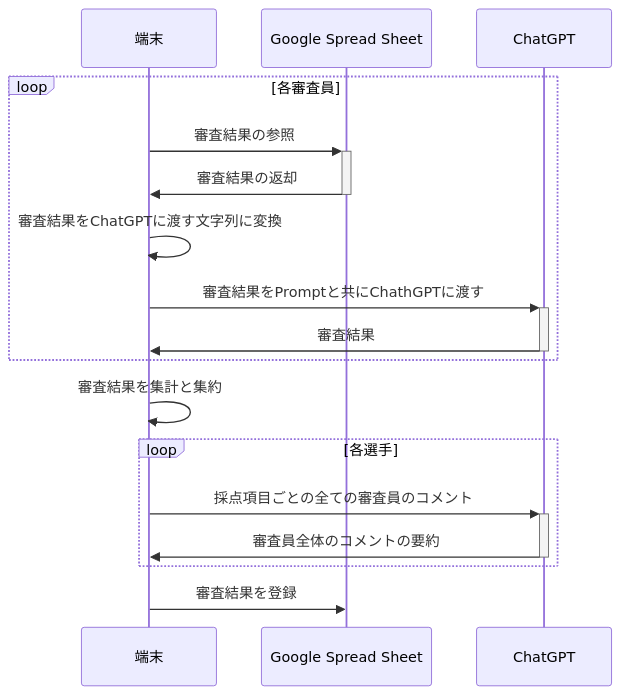
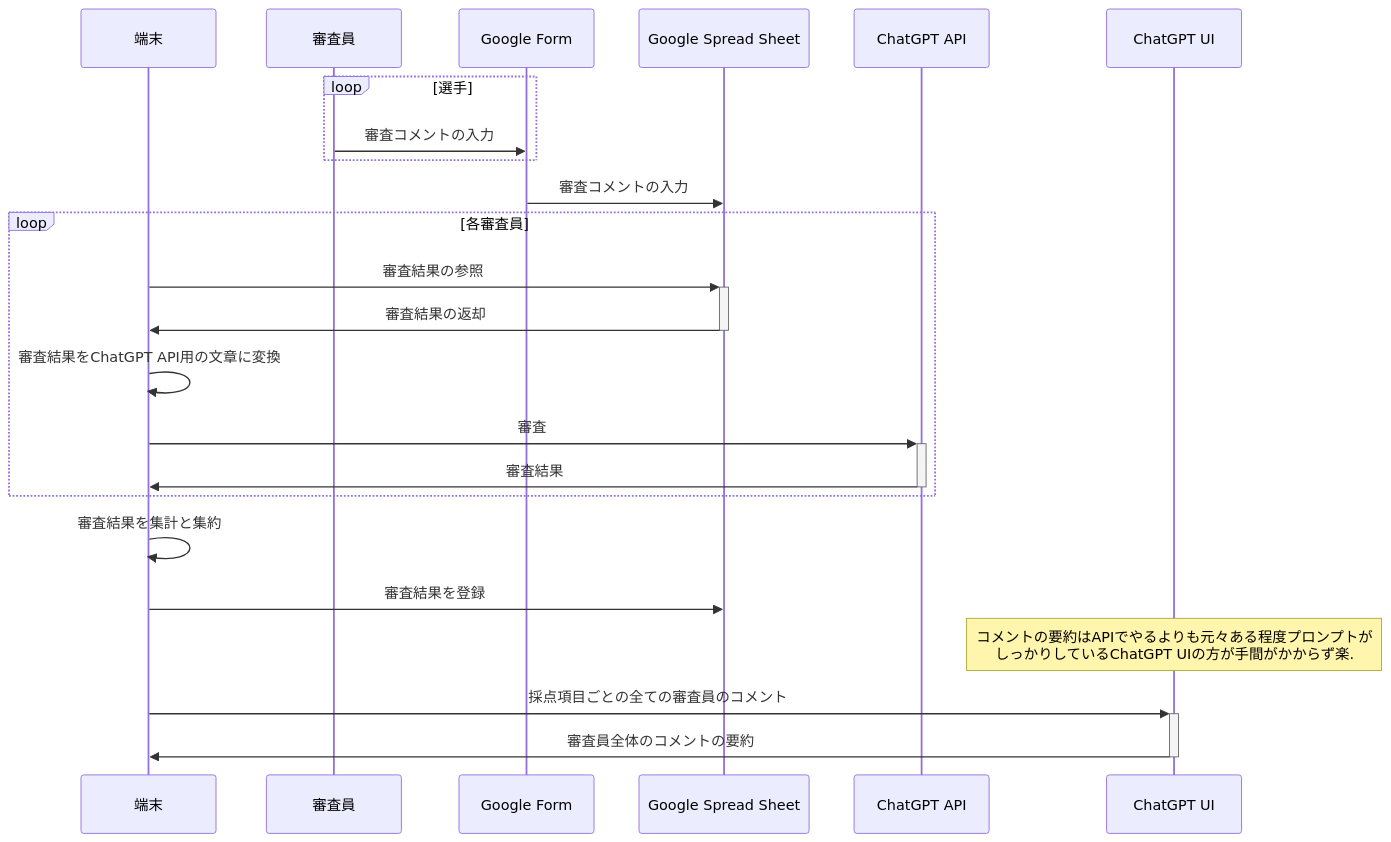
The diagram in README.md (skanehira1126/judge_gpt), drawn with Mermaid before and after one commit. The commit also changed other lines of this file and 4 other files, not shown here.

````diff
--- a/README.md
+++ b/README.md
@@ -15,25 +16,32 @@
 ```mermaid
 sequenceDiagram
     participant local as 端末
+    participant judge as 審査員
+    participant gf as Google Form
     participant gss as Google Spread Sheet
-    participant api as ChatGPT
+    participant api as ChatGPT API
+    participant ui as ChatGPT UI
+
+    loop 選手
+        judge ->> gf: 審査コメントの入力
+    end
+    gf ->> gss: 審査コメントの入力
 
     loop 各審査員
         local ->>+ gss: 審査結果の参照
         gss ->>- local:  審査結果の返却
 
-        local ->> local: 審査結果をChatGPTに渡す文字列に変換
+        local ->> local: 審査結果をChatGPT API用の文章に変換
 
-        local ->>+ api: 審査結果をPromptと共にChathGPTに渡す
+        local ->>+ api: 審査
         api ->>- local: 審査結果
     end
 
     local ->> local: 審査結果を集計と集約
+    local ->> gss: 審査結果を登録
 
-    loop 各選手
-        local ->>+ api: 採点項目ごとの全ての審査員のコメント
-        api ->>- local: 審査員全体のコメントの要約
-    end
+    note over ui: コメントの要約はAPIでやるよりも元々ある程度プロンプトが<br>しっかりしているChatGPT UIの方が手間がかからず楽.
+    local ->>+ ui: 採点項目ごとの全ての審査員のコメント
+    ui ->>- local: 審査員全体のコメントの要約
 
-    local ->> gss: 審査結果を登録
 ```
````
